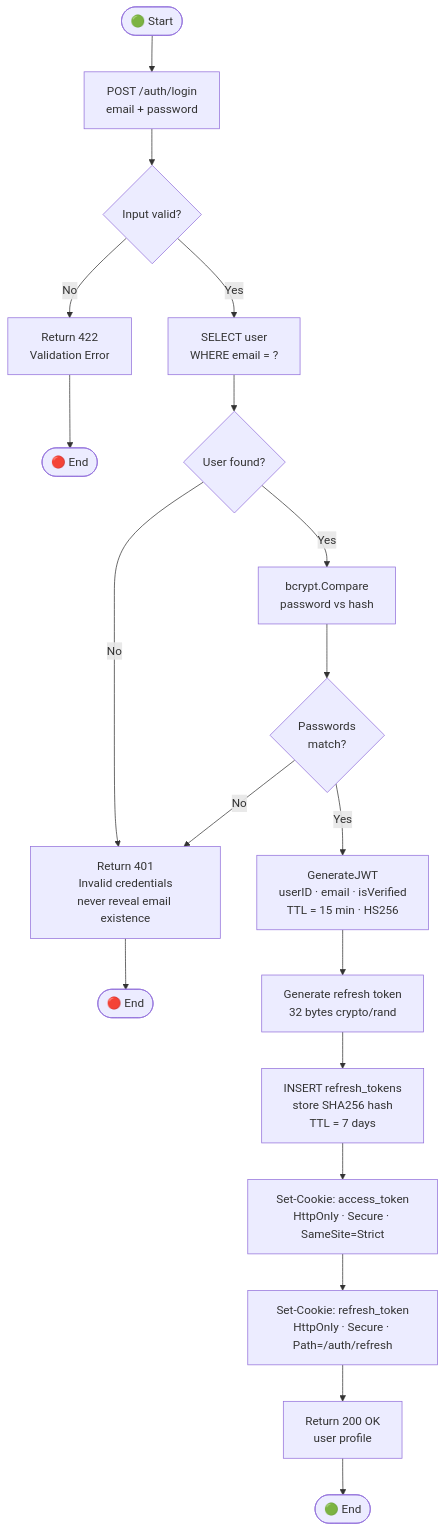
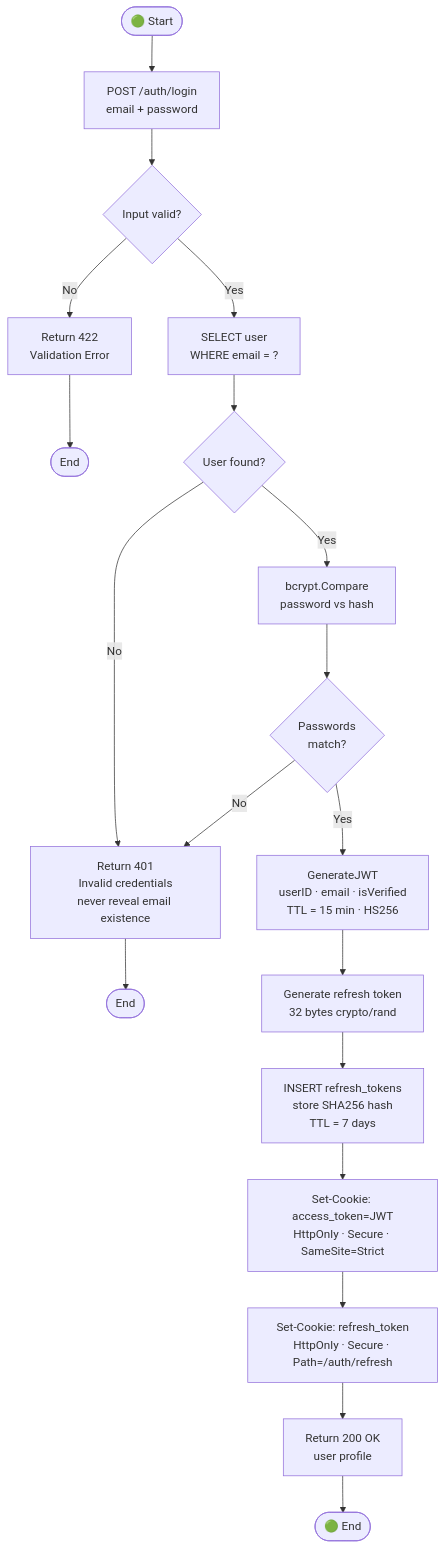
One commit to ABDELRAHMAN-ELRAYES/Vai changed the third of 9 diagrams in docs/diagrams/Activity_Diagrams.md. Above: the diagram before and after it, drawn with Mermaid. The commit also changed other lines of this file and 14 other files, not shown here.

````diff
--- a/docs/diagrams/Activity_Diagrams.md
+++ b/docs/diagrams/Activity_Diagrams.md
@@ -67,24 +67,24 @@
 ```mermaid
 flowchart TD
     Start([🟢 Start]) --> A[POST /auth/login\nemail + password]
     A --> B{Input valid?}
     B -->|No| C[Return 422\nValidation Error]
-    C --> End1([🔴 End])
+    C --> End1([End])
 
     B -->|Yes| D[SELECT user\nWHERE email = ?]
     D --> E{User found?}
     E -->|No| F[Return 401\nInvalid credentials\nnever reveal email existence]
-    F --> End2([🔴 End])
+    F --> End2([End])
 
     E -->|Yes| G[bcrypt.Compare\npassword vs hash]
     G --> H{Passwords\nmatch?}
     H -->|No| F
 
     H -->|Yes| I[GenerateJWT\nuserID · email · isVerified\nTTL = 15 min · HS256]
     I --> J[Generate refresh token\n32 bytes crypto/rand]
     J --> K[INSERT refresh_tokens\nstore SHA256 hash\nTTL = 7 days]
-    K --> L[Set-Cookie: access_token\nHttpOnly · Secure · SameSite=Strict]
+    K --> L[Set-Cookie: access_token=JWT\nHttpOnly · Secure · SameSite=Strict]
     L --> M[Set-Cookie: refresh_token\nHttpOnly · Secure · Path=/auth/refresh]
     M --> N[Return 200 OK\nuser profile]
     N --> End3([🟢 End])
 ```
````
